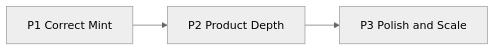
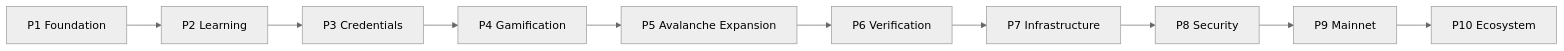
Before and after one commit to Talent-Index/forj: the first of 4 diagrams in docs/ROADMAP.md, drawn with Mermaid (neutral theme). The commit also changed other lines of this file and 1 other file, not shown here.

````diff
--- a/docs/ROADMAP.md
+++ b/docs/ROADMAP.md
@@ -7,5 +5,12 @@
 ```mermaid
 flowchart LR
-  P1[P1 Correct Mint] --> P2[P2 Product Depth]
-  P2 --> P3[P3 Polish and Scale]
+  P1[P1 Foundation] --> P2[P2 Learning]
+  P2 --> P3[P3 Credentials]
+  P3 --> P4[P4 Gamification]
+  P4 --> P5[P5 Avalanche Expansion]
+  P5 --> P6[P6 Verification]
+  P6 --> P7[P7 Infrastructure]
+  P7 --> P8[P8 Security]
+  P8 --> P9[P9 Mainnet]
+  P9 --> P10[P10 Ecosystem]
 ```
````
